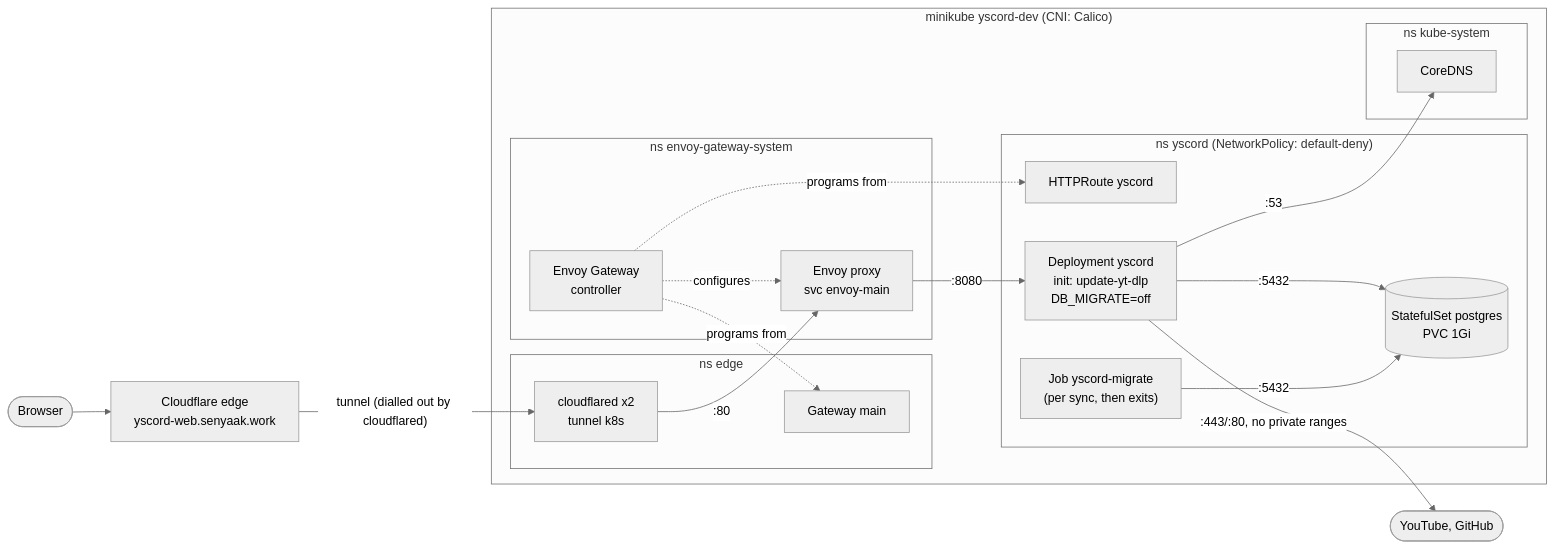
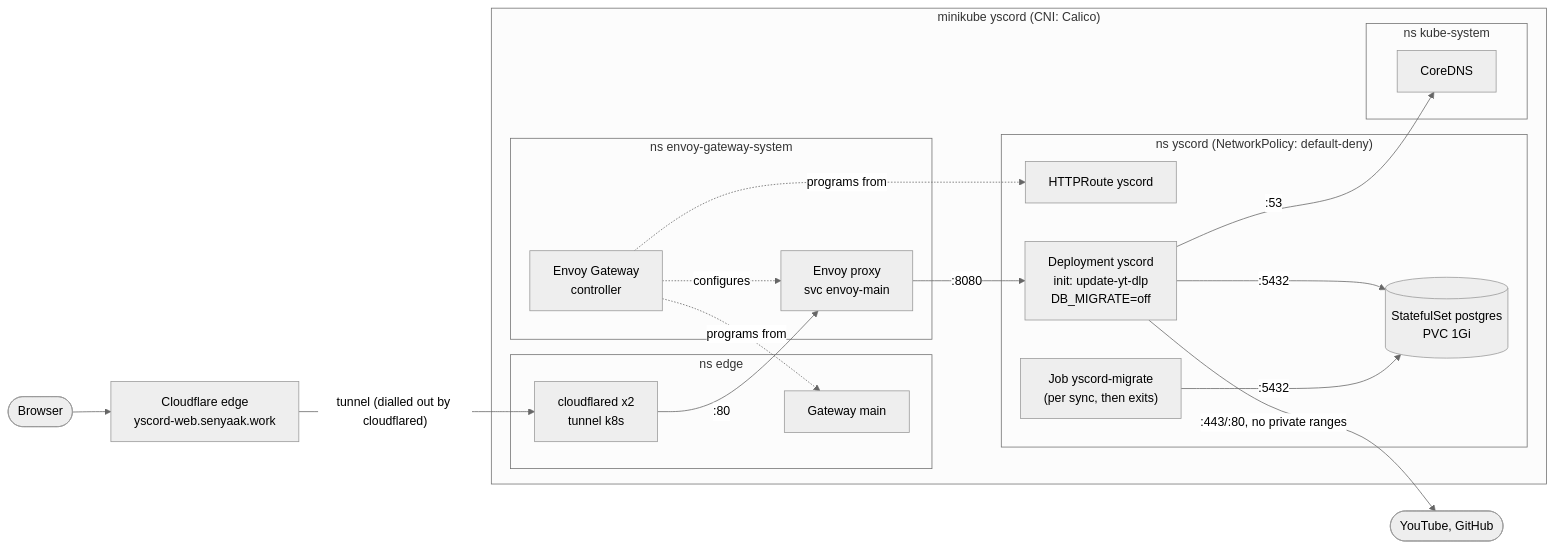
One commit to senyaak/yscord-web changed the first of 2 diagrams in docs/architecture.md. Above: the diagram before and after it, drawn with Mermaid (neutral theme). The commit also changed other lines of this file and 3 other files, not shown here.

Commit message:
Add lesson 004: declarative bootstrap; 3f done in roadmap and diagrams

````diff
--- a/docs/architecture.md
+++ b/docs/architecture.md
@@ -8,39 +8,39 @@
 ```mermaid
 flowchart LR
     browser([Browser]) --> cf["Cloudflare edge<br/>yscord-web.senyaak.work"]
 
-    subgraph cluster["minikube yscord-dev (CNI: Calico)"]
+    subgraph cluster["minikube yscord (CNI: Calico)"]
         subgraph ns_edge["ns edge"]
             cfd["cloudflared x2<br/>tunnel k8s"]
             gw["Gateway main"]
         end
 
         subgraph ns_egs["ns envoy-gateway-system"]
             egc["Envoy Gateway<br/>controller"]
             envoy["Envoy proxy<br/>svc envoy-main"]
         end
 
         subgraph ns_yscord["ns yscord (NetworkPolicy: default-deny)"]
             route["HTTPRoute yscord"]
             app["Deployment yscord<br/>init: update-yt-dlp<br/>DB_MIGRATE=off"]
             mig["Job yscord-migrate<br/>(per sync, then exits)"]
             pg[("StatefulSet postgres<br/>PVC 1Gi")]
         end
 
         subgraph ns_kube["ns kube-system"]
             dns["CoreDNS"]
         end
     end
 
     cf -- "tunnel (dialled out by cloudflared)" --> cfd
     cfd -- ":80" --> envoy
     envoy -- ":8080" --> app
     app -- ":5432" --> pg
     mig -- ":5432" --> pg
     app -- ":53" --> dns
     app -- ":443/:80, no private ranges" --> yt([YouTube, GitHub])
 
     egc -. "programs from" .-> gw
     egc -. "programs from" .-> route
     egc -. configures .-> envoy
 ```
````
